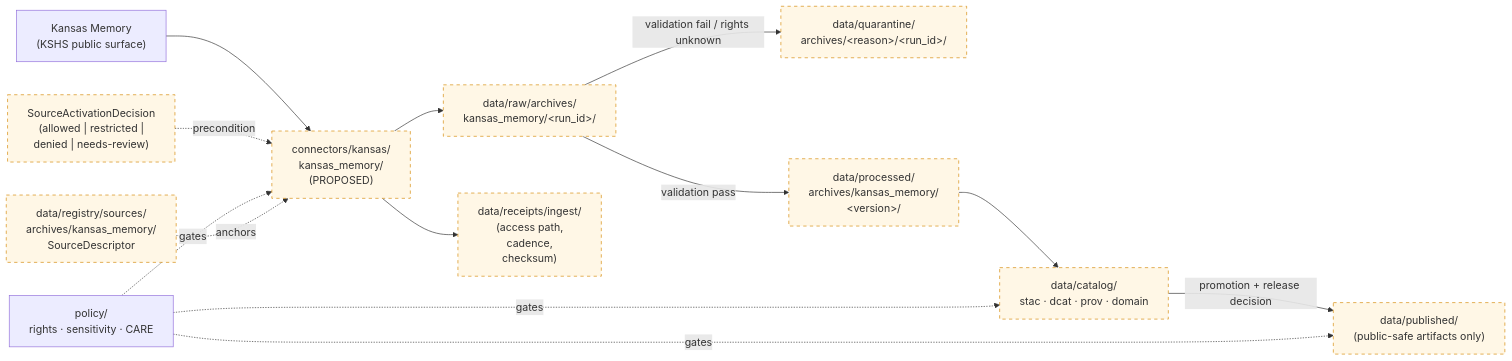
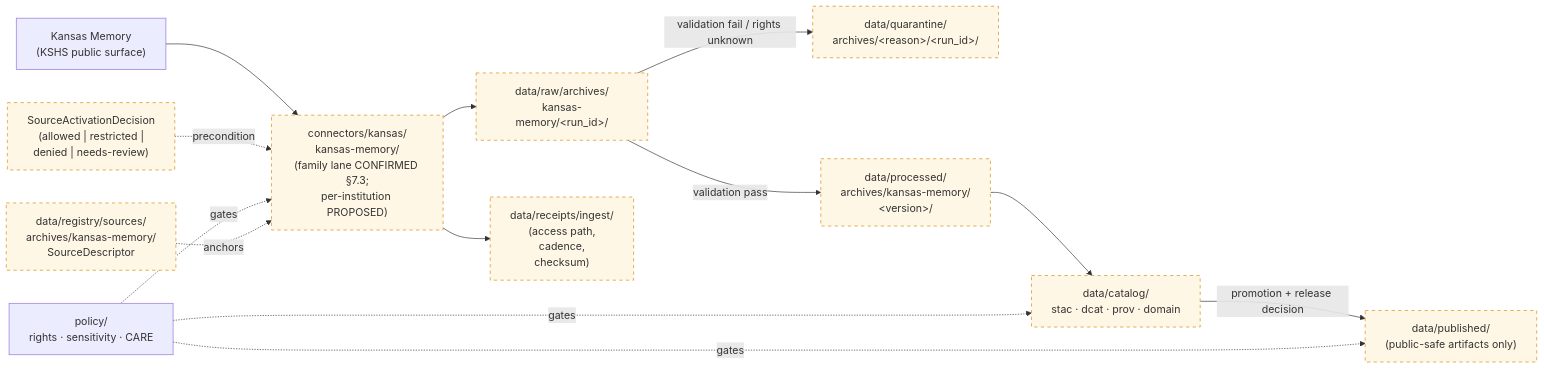
One commit to bartytime4life/Kansas-Frontier-Matrix changed the diagram in docs/sources/catalog/kansas/kansas-memory.md. Above: the diagram before and after it, drawn with Mermaid. The commit also changed other lines of this file, not shown here.

````diff
--- a/docs/sources/catalog/kansas/kansas-memory.md
+++ b/docs/sources/catalog/kansas/kansas-memory.md
@@ -226,29 +281,30 @@
 ```mermaid
 flowchart LR
     KM["Kansas Memory<br/>(KSHS public surface)"]
-    CON["connectors/kansas/<br/>kansas_memory/<br/>(PROPOSED)"]
-    RAW["data/raw/archives/<br/>kansas_memory/&lt;run_id&gt;/"]
+    CON["connectors/kansas/<br/>kansas-memory/<br/>(family lane CONFIRMED §7.3;<br/>per-institution PROPOSED)"]
+    RAW["data/raw/archives/<br/>kansas-memory/&lt;run_id&gt;/"]
     Q["data/quarantine/<br/>archives/&lt;reason&gt;/&lt;run_id&gt;/"]
-    PR["data/processed/<br/>archives/kansas_memory/<br/>&lt;version&gt;/"]
+    PR["data/processed/<br/>archives/kansas-memory/<br/>&lt;version&gt;/"]
     CAT["data/catalog/<br/>stac · dcat · prov · domain"]
     PUB["data/published/<br/>(public-safe artifacts only)"]
     REC["data/receipts/ingest/<br/>(access path,<br/>cadence,<br/>checksum)"]
-    REG["data/registry/sources/<br/>archives/kansas_memory/<br/>SourceDescriptor"]
+    REG["data/registry/sources/<br/>archives/kansas-memory/<br/>SourceDescriptor"]
     POL["policy/<br/>rights · sensitivity · CARE"]
     SAD["SourceActivationDecision<br/>(allowed | restricted |<br/>denied | needs-review)"]
 
     REG -. anchors .-> CON
     POL -. gates .-> CON
     POL -. gates .-> CAT
     POL -. gates .-> PUB
     SAD -. precondition .-> CON
 
     KM --> CON --> RAW
     CON --> REC
     RAW -- validation fail / rights unknown --> Q
     RAW -- validation pass --> PR --> CAT
     CAT -- promotion + release decision --> PUB
 
     classDef proposed fill:#fff7e6,stroke:#d48806,stroke-dasharray:5 5;
+    classDef confirmed fill:#d5e8d4,stroke:#82b366;
     class CON,RAW,Q,PR,CAT,PUB,REC,REG,SAD proposed;
 ```
````
